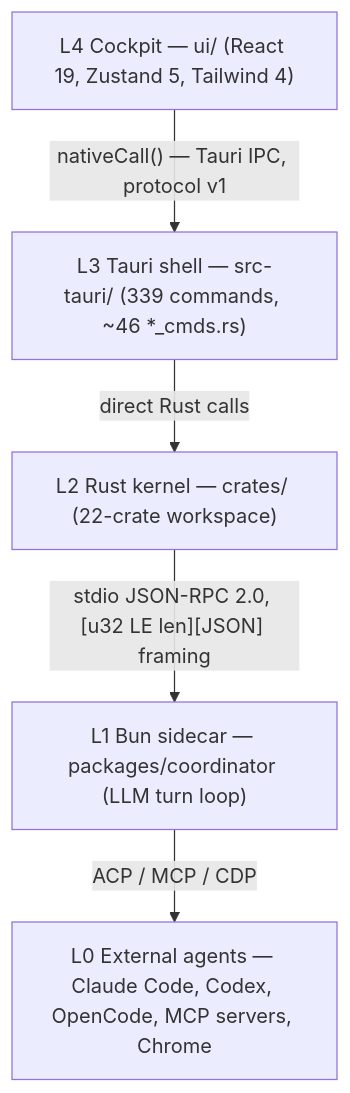
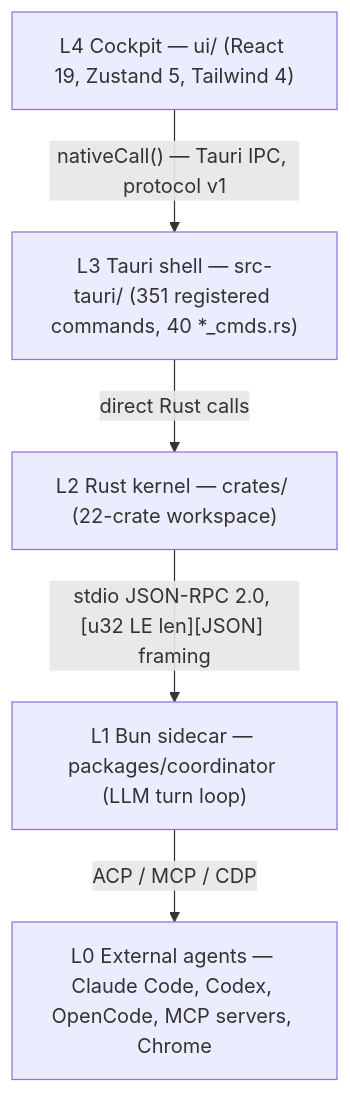
Before and after one commit to sarv-projects/EveryAIOS: the diagram in docs/codebase/architecture.md, drawn with Mermaid. The commit also changed other lines of this file and 35 other files, not shown here.

````diff
--- a/docs/codebase/architecture.md
+++ b/docs/codebase/architecture.md
@@ -10,7 +10,7 @@
 ```mermaid
 flowchart TD
-    UI["L4 Cockpit — ui/ (React 19, Zustand 5, Tailwind 4)"] -->|"nativeCall() — Tauri IPC, protocol v1"| TAURI["L3 Tauri shell — src-tauri/ (339 commands, ~46 *_cmds.rs)"]
+    UI["L4 Cockpit — ui/ (React 19, Zustand 5, Tailwind 4)"] -->|"nativeCall() — Tauri IPC, protocol v1"| TAURI["L3 Tauri shell — src-tauri/ (351 registered commands, 40 *_cmds.rs)"]
     TAURI -->|"direct Rust calls"| KERNEL["L2 Rust kernel — crates/ (22-crate workspace)"]
     KERNEL -->|"stdio JSON-RPC 2.0, [u32 LE len][JSON] framing"| SIDECAR["L1 Bun sidecar — packages/coordinator (LLM turn loop)"]
     SIDECAR -->|"ACP / MCP / CDP"| L0["L0 External agents — Claude Code, Codex, OpenCode, MCP servers, Chrome"]
 ```
````
